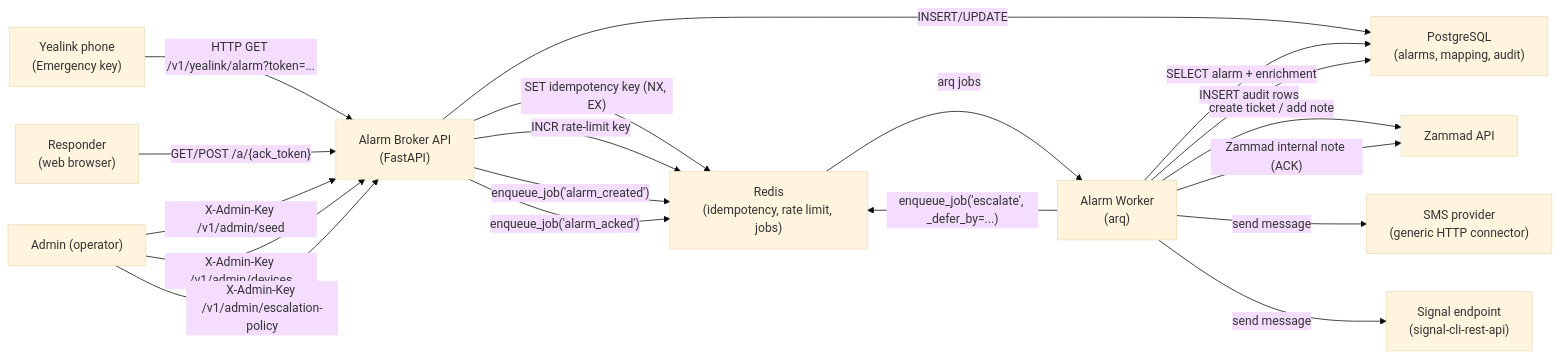
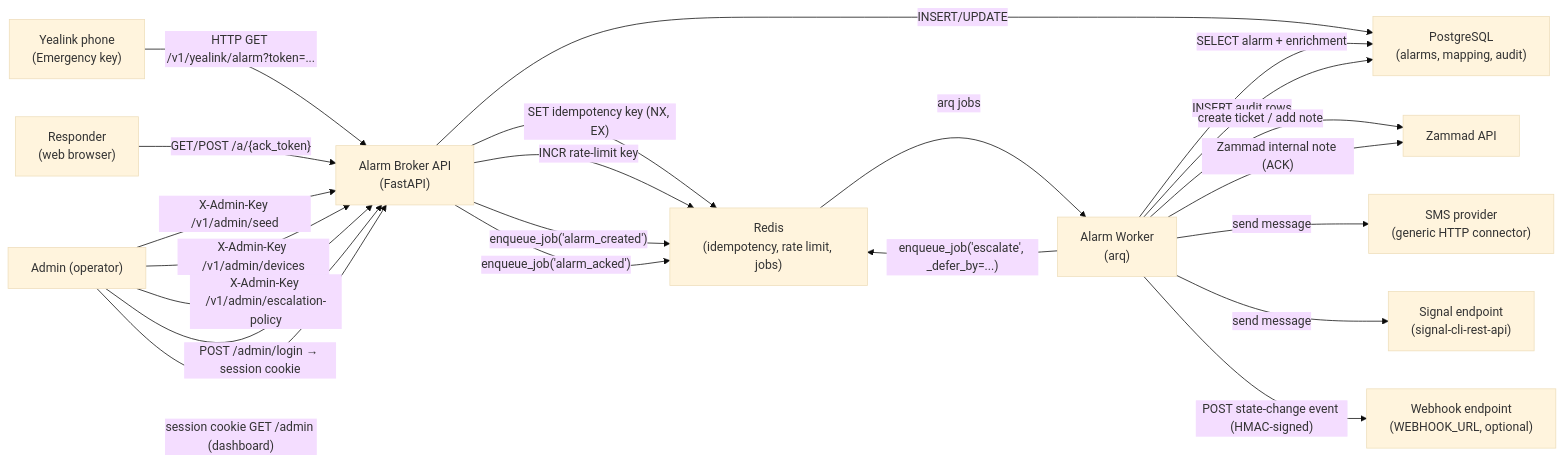
Before and after one commit to sebastianspicker/alarm-broker: the first of 5 diagrams in README.md, drawn with Mermaid (base theme). The commit also changed other lines of this file and 62 other files, not shown here.

````diff
--- a/README.md
+++ b/README.md
@@ -28,32 +27,35 @@
 ```mermaid
 flowchart LR
   %% External trigger/source
   Y["Yealink phone<br/>(Emergency key)"] -->|"HTTP GET /v1/yealink/alarm?token=..."| API["Alarm Broker API<br/>(FastAPI)"]
 
   %% Core state & job infrastructure
   API -->|"INSERT/UPDATE"| PG["PostgreSQL<br/>(alarms, mapping, audit)"]
   API -->|"SET idempotency key (NX, EX)"| R["Redis<br/>(idempotency, rate limit, jobs)"]
   API -->|"INCR rate-limit key"| R
   API -->|"enqueue_job('alarm_created')"| R
 
   %% Worker fan-out & escalation
   R -->|"arq jobs"| W["Alarm Worker<br/>(arq)"]
   W -->|"SELECT alarm + enrichment"| PG
   W -->|"INSERT audit rows"| PG
   W -->|"enqueue_job('escalate', _defer_by=...)"| R
 
   %% Downstream connectors (best effort)
   W -->|"create ticket / add note"| Z["Zammad API"]
   W -->|"send message"| SMS["SMS provider<br/>(generic HTTP connector)"]
   W -->|"send message"| SIG["Signal endpoint<br/>(signal-cli-rest-api)"]
+  W -->|"POST state-change event (HMAC-signed)"| WH["Webhook endpoint<br/>(WEBHOOK_URL, optional)"]
 
   %% Responder acknowledgement flow
   RESP["Responder<br/>(web browser)"] -->|"GET/POST /a/{ack_token}"| API
   API -->|"enqueue_job('alarm_acked')"| R
   W -->|"Zammad internal note (ACK)"| Z
 
-  %% Admin flow (seeding/mapping)
+  %% Admin flow (seeding/mapping + dashboard)
   ADMIN["Admin (operator)"] -->|"X-Admin-Key /v1/admin/seed"| API
   ADMIN -->|"X-Admin-Key /v1/admin/devices"| API
   ADMIN -->|"X-Admin-Key /v1/admin/escalation-policy"| API
+  ADMIN -->|"POST /admin/login → session cookie"| API
+  ADMIN -->|"session cookie GET /admin (dashboard)"| API
 ```
````
